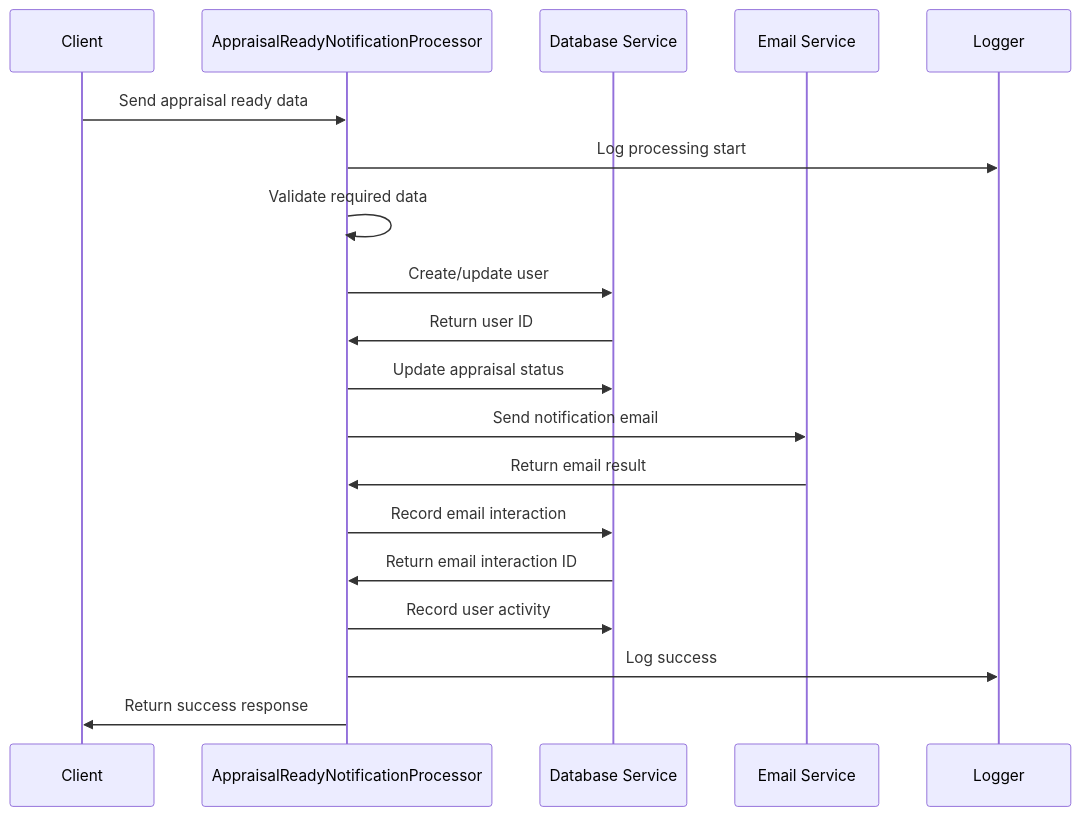
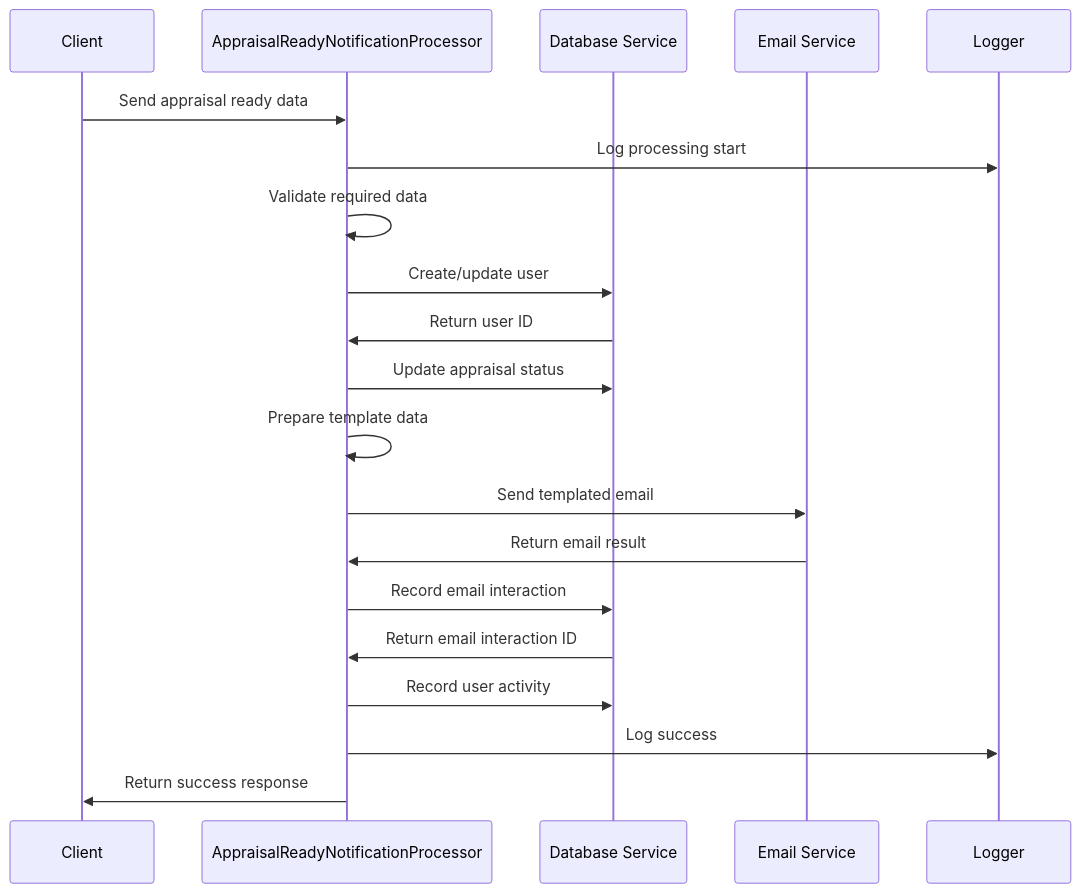
One commit to Appraisily/CRM changed the third of 4 diagrams in src/services/message/processors/AppraisalReadyNotificationMermaidDiagram.md. Above: the diagram before and after it, drawn with Mermaid. The commit also changed other lines of this file and 2 other files, not shown here.

Commit message:
Refactor AppraisalReadyNotificationProcessor and update documentation: Modify the processor to use SendGrid templated emails, streamline data handling, and enhance error handling. Update the Mermaid diagram and data flow descriptions in the documentation to reflect these changes.

````diff
--- a/src/services/message/processors/AppraisalReadyNotificationMermaidDiagram.md
+++ b/src/services/message/processors/AppraisalReadyNotificationMermaidDiagram.md
@@ -50,29 +52,31 @@
 ```mermaid
 sequenceDiagram
     participant Client
     participant Processor as AppraisalReadyNotificationProcessor
     participant DB as Database Service
     participant Email as Email Service
     participant Logger
     
     Client->>Processor: Send appraisal ready data
     Processor->>Logger: Log processing start
     
     Processor->>Processor: Validate required data
     
     Processor->>DB: Create/update user
     DB->>Processor: Return user ID
     
     Processor->>DB: Update appraisal status
     
-    Processor->>Email: Send notification email
+    Processor->>Processor: Prepare template data
+    
+    Processor->>Email: Send templated email
     Email->>Processor: Return email result
     
     Processor->>DB: Record email interaction
     DB->>Processor: Return email interaction ID
     
     Processor->>DB: Record user activity
     
     Processor->>Logger: Log success
     Processor->>Client: Return success response
 ```
````
